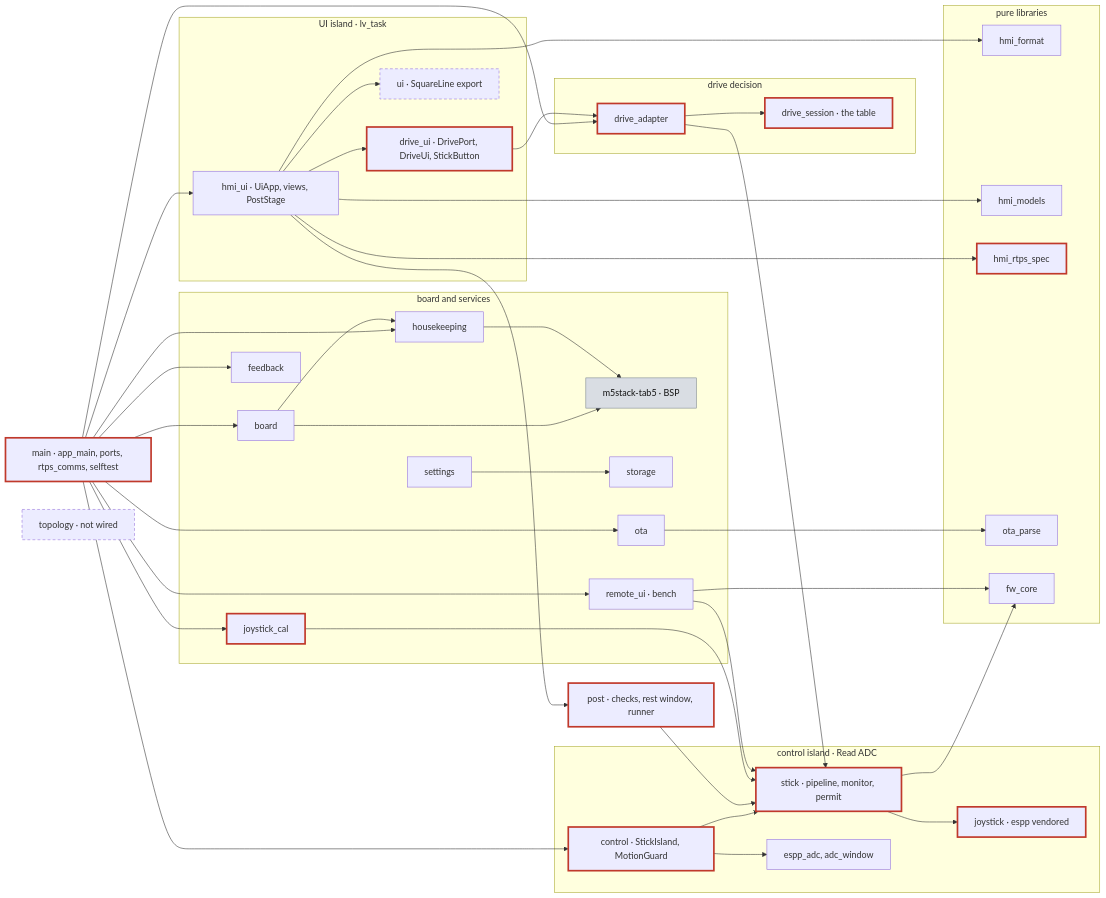
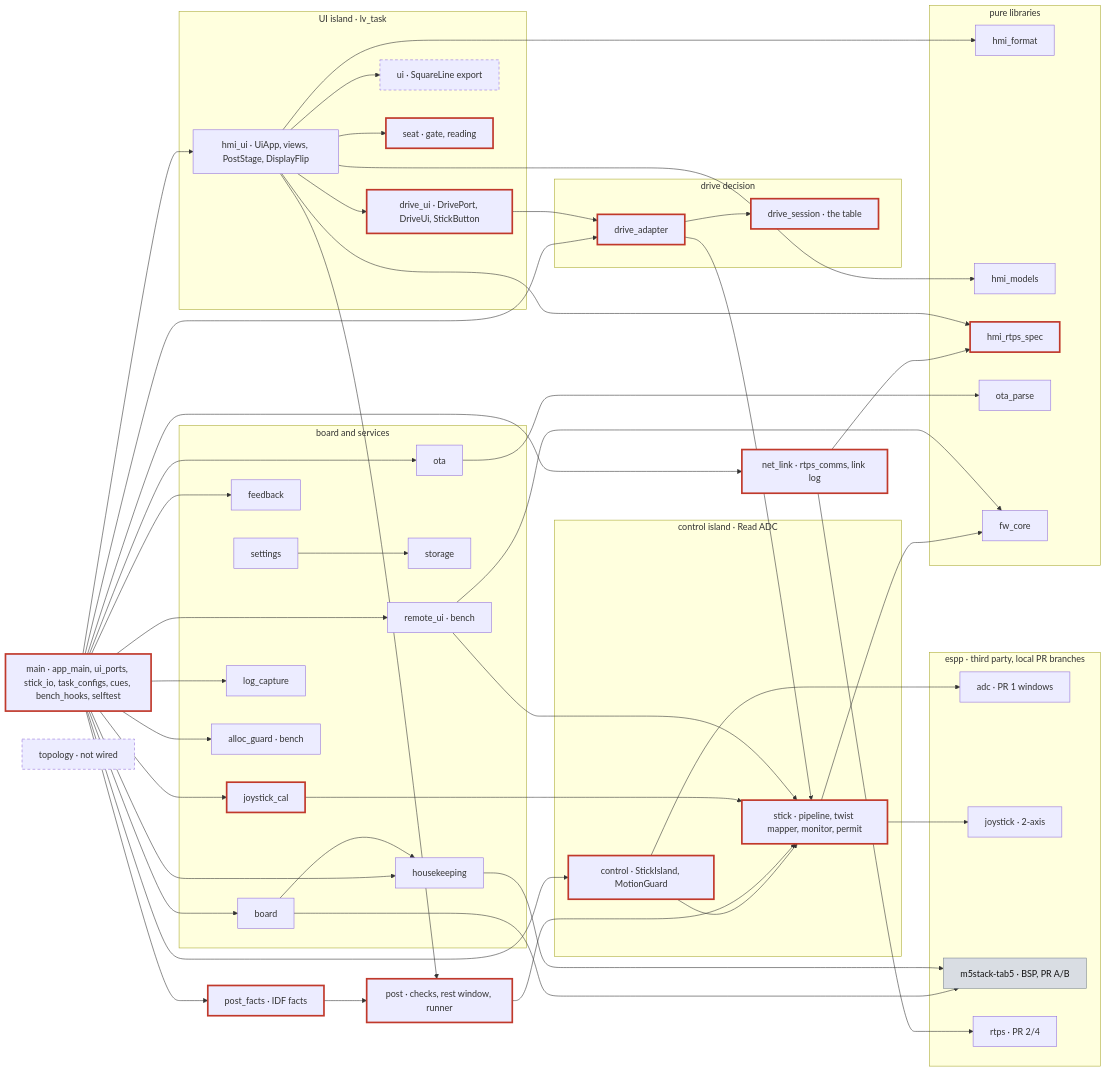
One commit to rammp-org/pace-hmi-fw changed the first of 8 diagrams in docs/how-the-firmware-works.md. Above: the diagram before and after it, drawn with Mermaid. The commit also changed other lines of this file and 7 other files, not shown here.

````diff
--- a/docs/how-the-firmware-works.md
+++ b/docs/how-the-firmware-works.md
@@ -130,10 +167,11 @@
 ```mermaid
 flowchart LR
-  main["main · app_main, ports, rtps_comms, selftest"]:::safety
+  main["main · app_main, ui_ports, stick_io, task_configs, cues, bench_hooks, selftest"]:::safety
   subgraph ui["UI island · lv_task"]
-    hmi_ui["hmi_ui · UiApp, views, PostStage"]
+    hmi_ui["hmi_ui · UiApp, views, PostStage, DisplayFlip"]
     drive_ui["drive_ui · DrivePort, DriveUi, StickButton"]:::safety
     gen["ui · SquareLine export"]:::gen
+    seat["seat · gate, reading"]:::safety
   end
   subgraph drive["drive decision"]
     adapter["drive_adapter"]:::safety
@@ -141,14 +179,13 @@
   end
   subgraph ctl["control island · Read ADC"]
     control["control · StickIsland, MotionGuard"]:::safety
-    stick["stick · pipeline, monitor, permit"]:::safety
-    adcw["espp_adc, adc_window"]
-    joystick["joystick · espp vendored"]:::safety
+    stick["stick · pipeline, twist mapper, monitor, permit"]:::safety
   end
   post["post · checks, rest window, runner"]:::safety
+  pf["post_facts · IDF facts"]:::safety
+  net["net_link · rtps_comms, link log"]:::safety
   subgraph svc["board and services"]
     board["board"]
-    bsp["m5stack-tab5 · BSP"]:::hw
     hk["housekeeping"]
     fb["feedback"]
     settings["settings"]
@@ -156,6 +193,8 @@
     ota["ota"]
     rui["remote_ui · bench"]
     cal["joystick_cal"]:::safety
+    logc["log_capture"]
+    ag["alloc_guard · bench"]
   end
   subgraph pure["pure libraries"]
     fmt["hmi_format"]
@@ -163,6 +202,12 @@
     spec["hmi_rtps_spec"]:::safety
     otap["ota_parse"]
     fwc["fw_core"]
+  end
+  subgraph espp["espp · third party, local PR branches"]
+    eadc["adc · PR 1 windows"]
+    ejoy["joystick · 2-axis"]
+    bsp["m5stack-tab5 · BSP, PR A/B"]:::hw
+    ertps["rtps · PR 2/4"]
   end
   topo["topology · not wired"]:::gen
   main --> hmi_ui
@@ -174,17 +219,25 @@
   main --> rui
   main --> ota
   main --> cal
+  main --> net
+  main --> pf
+  main --> logc
+  main --> ag
   hmi_ui --> drive_ui
   hmi_ui --> post
+  hmi_ui --> seat
   hmi_ui --> gen
   drive_ui --> adapter
   adapter --> session
   adapter --> stick
-  control --> stick --> joystick
-  control --> adcw
+  control --> stick --> ejoy
+  control --> eadc
   stick --> fwc
   post --> stick
+  pf --> post
   cal --> stick
+  net --> spec
+  net --> ertps
   board --> bsp
   board --> hk
   hk --> bsp
````
